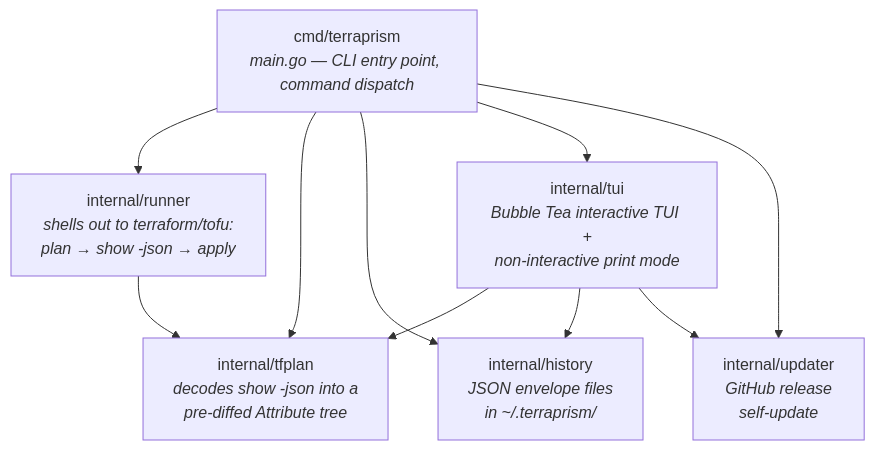
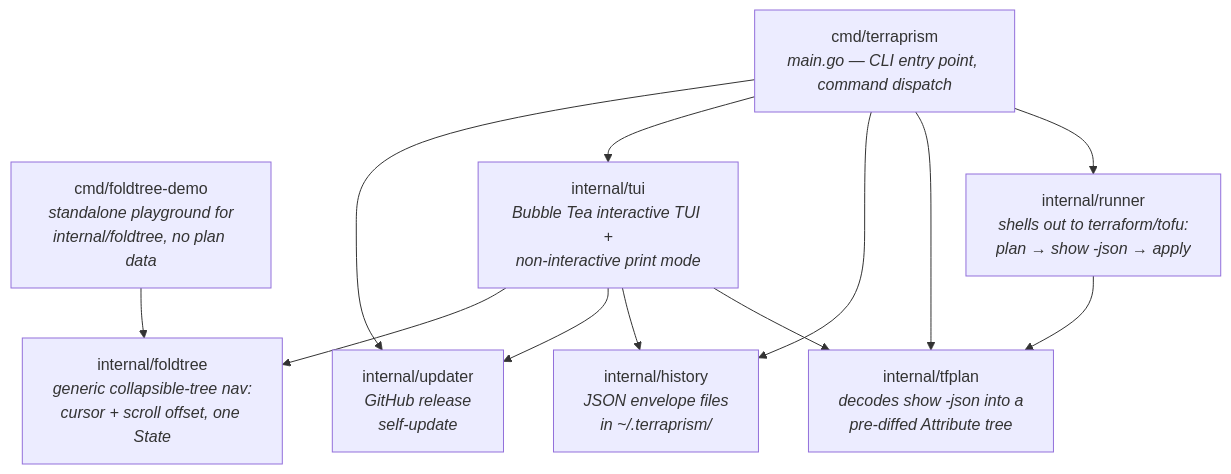
Before and after one commit to choovick/terraprism: the second of 8 diagrams in ARCHITECTURE.md, drawn with Mermaid. The commit also changed other lines of this file, not shown here.

Commit message:
Architecture update

````diff
--- a/ARCHITECTURE.md
+++ b/ARCHITECTURE.md
@@ -40,21 +40,25 @@
 ```mermaid
 flowchart TD
     main["cmd/terraprism<br/><i>main.go — CLI entry point, command dispatch</i>"]
+    demo["cmd/foldtree-demo<br/><i>standalone playground for<br/>internal/foldtree, no plan data</i>"]
 
     runner["internal/runner<br/><i>shells out to terraform/tofu:<br/>plan → show -json → apply</i>"]
     tfplan["internal/tfplan<br/><i>decodes show -json into a<br/>pre-diffed Attribute tree</i>"]
     history["internal/history<br/><i>JSON envelope files<br/>in ~/.terraprism/</i>"]
     tui["internal/tui<br/><i>Bubble Tea interactive TUI +<br/>non-interactive print mode</i>"]
+    foldtree["internal/foldtree<br/><i>generic collapsible-tree nav:<br/>cursor + scroll offset, one State</i>"]
     updater["internal/updater<br/><i>GitHub release<br/>self-update</i>"]
 
     main --> runner
     main --> tfplan
     main --> history
     main --> tui
     main --> updater
+    demo --> foldtree
 
     runner --> tfplan
     tui --> tfplan
     tui --> history
     tui --> updater
+    tui --> foldtree
 ```
````
